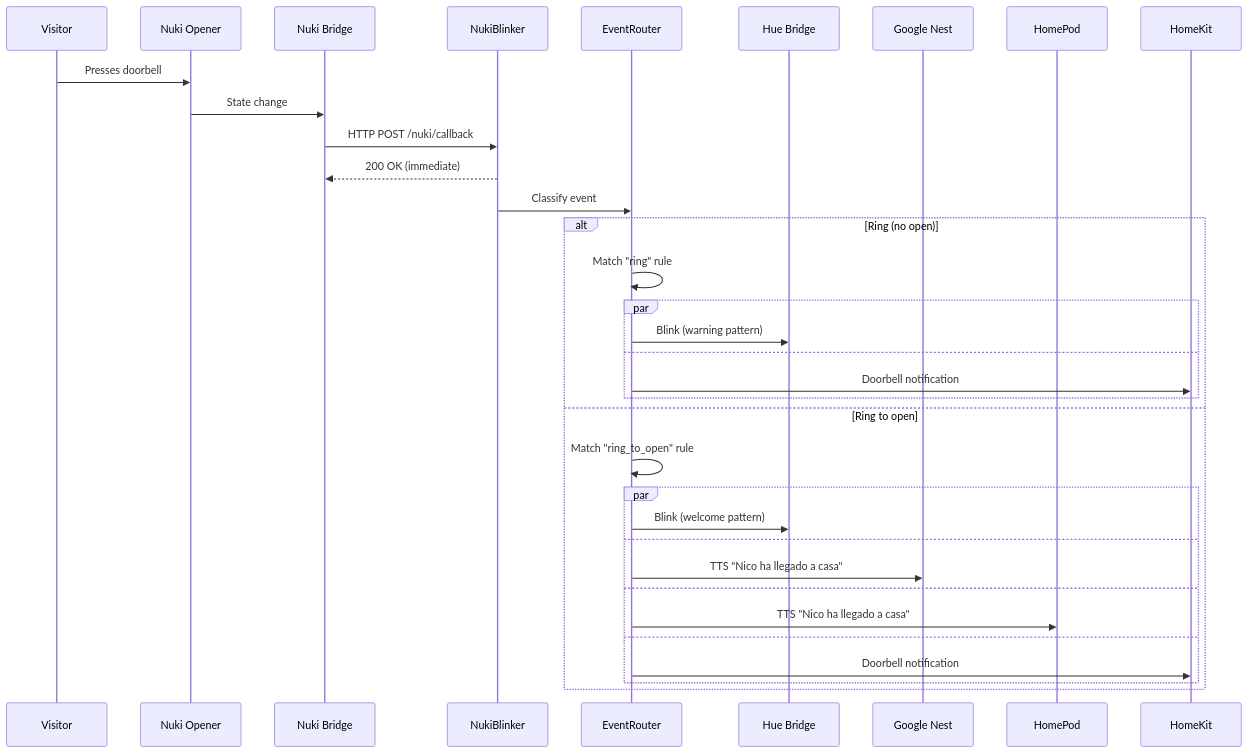
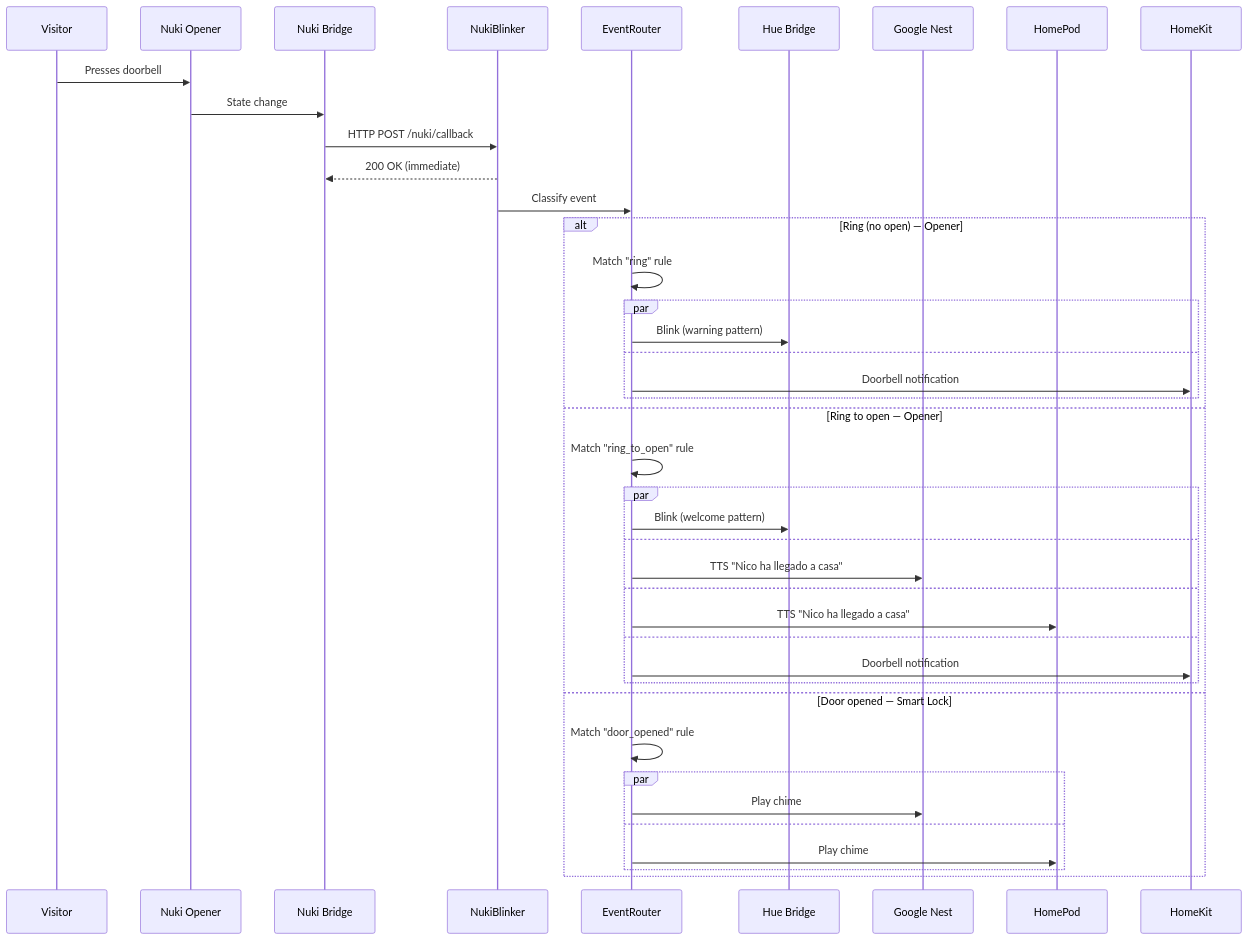
The first of 4 diagrams in specs/tech-spec.md (nicdobler/NukiBlinker), drawn with Mermaid before and after one commit. The commit also changed other lines of this file and 1 other file, not shown here.

Commit message:
docs: add Smart Lock door-opened event, chime audio mode, audio module

````diff
--- a/specs/tech-spec.md
+++ b/specs/tech-spec.md
@@ -70,39 +73,47 @@
 ```mermaid
 sequenceDiagram
     participant V as Visitor
     participant NO as Nuki Opener
     participant NB as Nuki Bridge
     participant NK as NukiBlinker
     participant ER as EventRouter
     participant HB as Hue Bridge
     participant GN as Google Nest
     participant HP as HomePod
     participant HK as HomeKit
 
     V->>NO: Presses doorbell
     NO->>NB: State change
     NB->>NK: HTTP POST /nuki/callback
     NK-->>NB: 200 OK (immediate)
     NK->>ER: Classify event
 
-    alt Ring (no open)
+    alt Ring (no open) — Opener
         ER->>ER: Match "ring" rule
         par
             ER->>HB: Blink (warning pattern)
         and
             ER->>HK: Doorbell notification
         end
 
-    else Ring to open
+    else Ring to open — Opener
         ER->>ER: Match "ring_to_open" rule
         par
             ER->>HB: Blink (welcome pattern)
         and
             ER->>GN: TTS "Nico ha llegado a casa"
         and
             ER->>HP: TTS "Nico ha llegado a casa"
         and
             ER->>HK: Doorbell notification
         end
+
+    else Door opened — Smart Lock
+        ER->>ER: Match "door_opened" rule
+        par
+            ER->>GN: Play chime
+        and
+            ER->>HP: Play chime
+        end
     end
 ```
````
